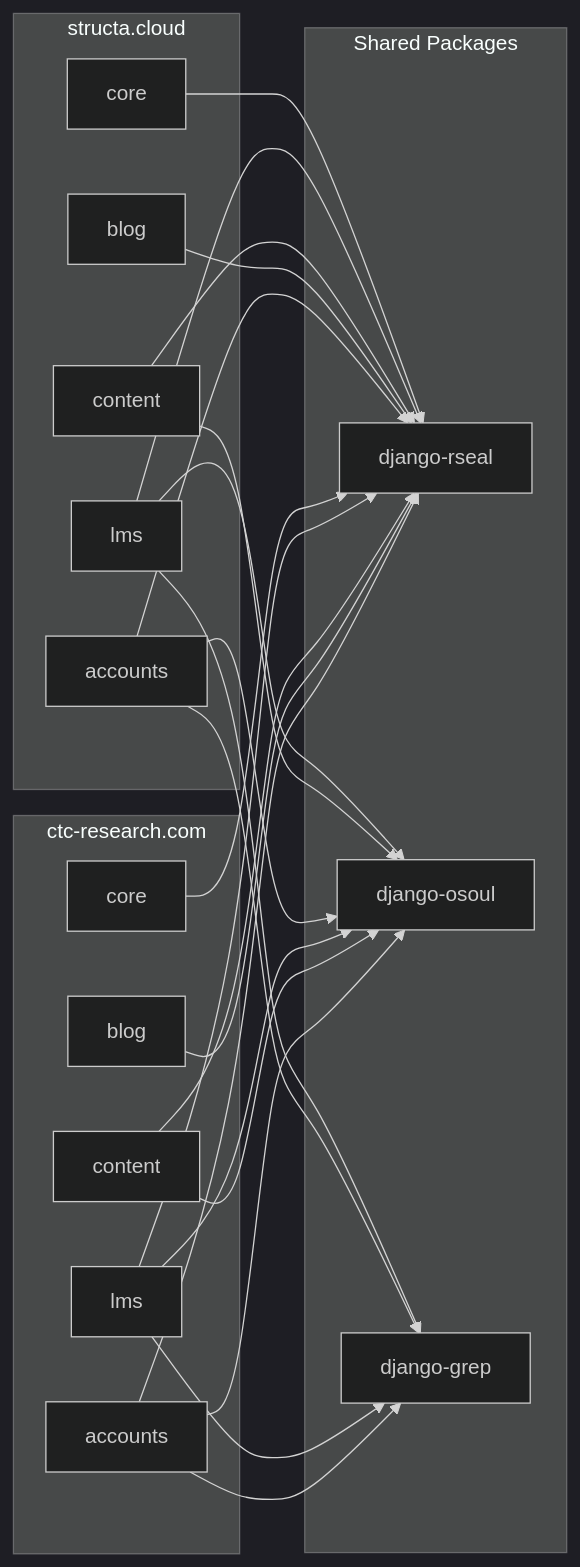
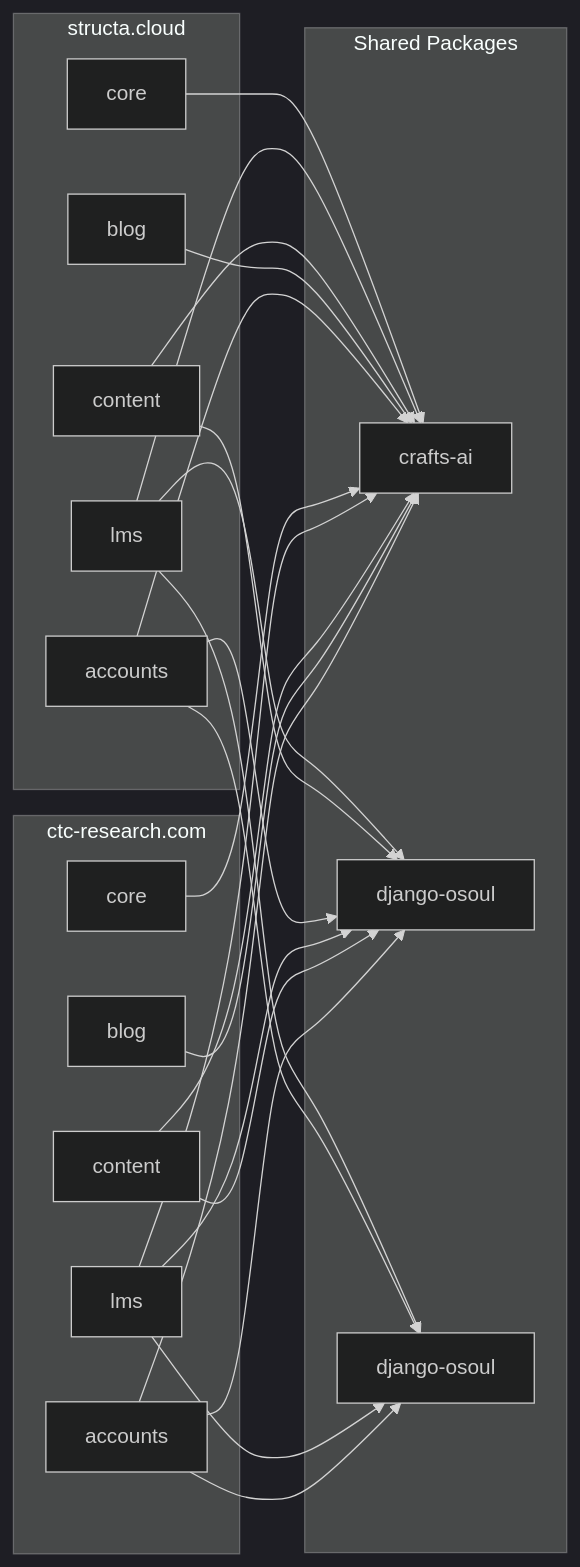
Before and after one commit to mammhoud/django-fusion: the diagram in docs/ecosystem/architecture/diagrams/app-dependencies.mmd, drawn with Mermaid (dark theme). The commit also changed 1481 other files, not shown here.

````diff
--- a/docs/ecosystem/architecture/diagrams/app-dependencies.mmd
+++ b/docs/ecosystem/architecture/diagrams/app-dependencies.mmd
@@ -3,50 +3,50 @@
 ```mermaid
 graph LR
     subgraph "ctc-research.com"
         ACCOUNTS[accounts]
         BLOG[blog]
         CONTENT[content]
         LMS[lms]
         CORE[core]
     end
 
     subgraph "structa.cloud"
         S_ACCOUNTS[accounts]
         S_BLOG[blog]
         S_CONTENT[content]
         S_LMS[lms]
         S_CORE[core]
     end
 
     subgraph "Shared Packages"
-        RSEAL[django-rseal]
+        RSEAL[crafts-ai]
         OSOUL[django-osoul]
-        GREP[django-grep]
+        GREP[django-osoul]
     end
 
     ACCOUNTS --> RSEAL
     BLOG --> RSEAL
     CONTENT --> RSEAL
     LMS --> RSEAL
     CORE --> RSEAL
 
     ACCOUNTS --> OSOUL
     CONTENT --> OSOUL
     LMS --> OSOUL
 
     ACCOUNTS --> GREP
     LMS --> GREP
 
     S_ACCOUNTS --> RSEAL
     S_BLOG --> RSEAL
     S_CONTENT --> RSEAL
     S_LMS --> RSEAL
     S_CORE --> RSEAL
 
     S_ACCOUNTS --> OSOUL
     S_CONTENT --> OSOUL
     S_LMS --> OSOUL
 
     S_ACCOUNTS --> GREP
     S_LMS --> GREP
 ```
````
